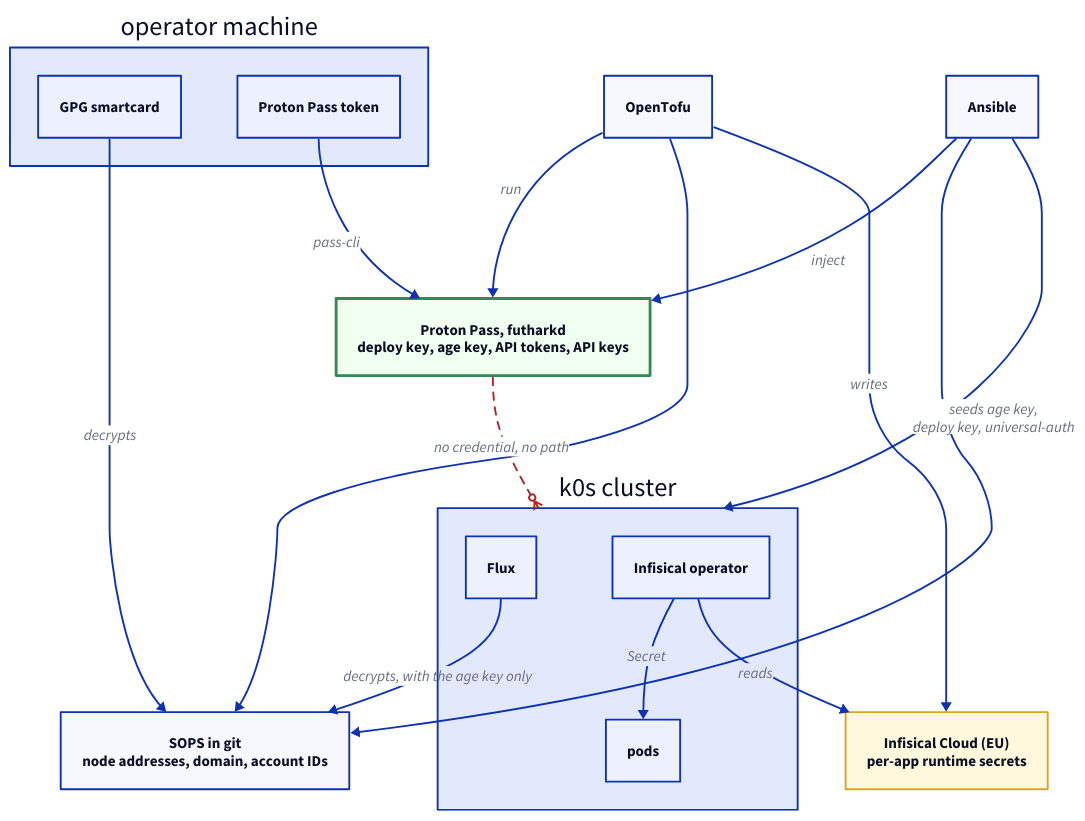
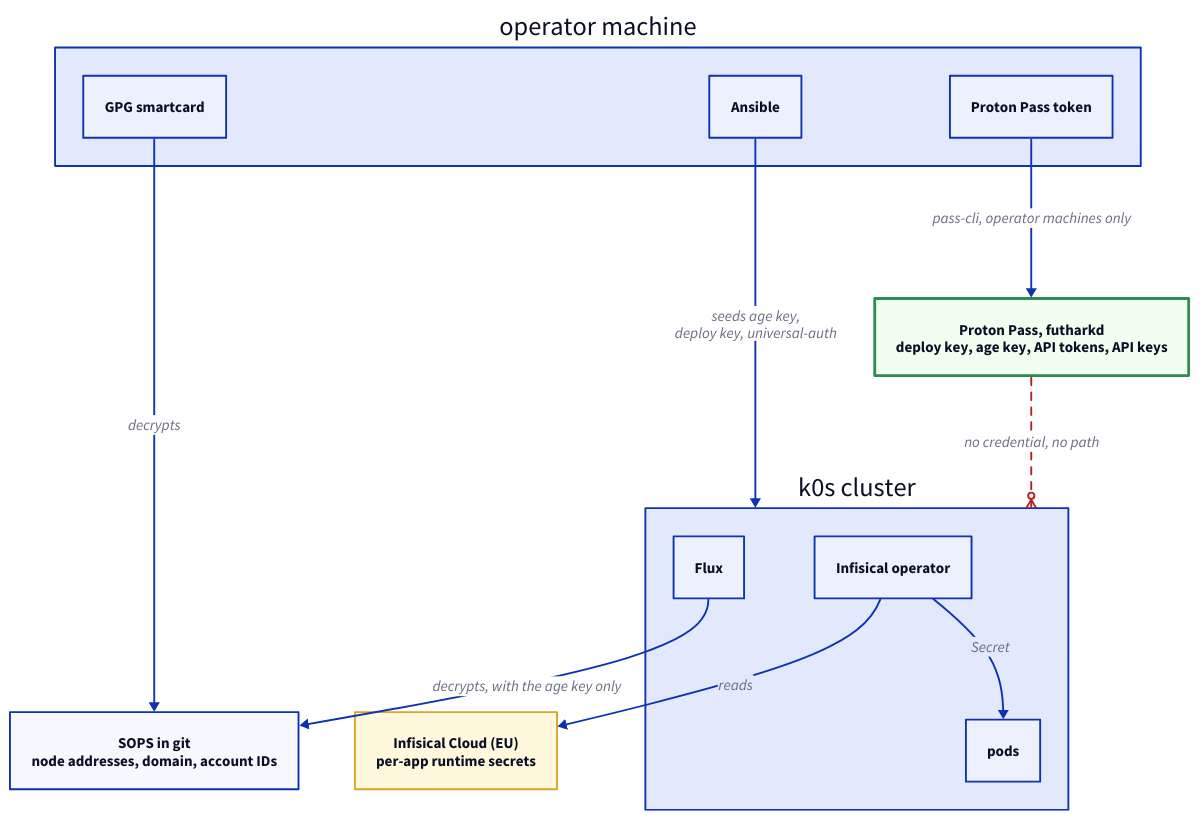
The diagram in docs/src/conventions/secrets.md (brewcoua/futhark), drawn with D2 before and after one commit. The commit also changed other lines of this file, not shown here.

Commit message:
docs: cut secrets graph to the tier boundary
The fence redrew the Read by column of the table directly above it, so
14 edges competed with the one the section argues: that the cluster
holds no Proton Pass credential.

Dropping the five reads the table already lists leaves 6 edges and no
crossings under plain dagre. Moving Ansible inside operator machine,
where it runs, removes the sweeping edge behind most of the rest.

ELK was tried three ways first. Alone it scatters the three stores;
with the stores grouped it forces the barred arrow into a detour around
the whole figure; direction: right renders 2352px wide against an 800px
column. None beat cutting the redundancy.

````diff
--- a/docs/src/conventions/secrets.md
+++ b/docs/src/conventions/secrets.md
@@ -31,65 +35,56 @@
 ```d2
 direction: down
 
 classes: {
   boundary: {
     style: {
       stroke-width: 3
       stroke: seagreen
       fill: honeydew
     }
   }
   external: {
     style: {
       stroke: goldenrod
       fill: cornsilk
     }
   }
   denied: {
     style: {
       stroke: firebrick
       stroke-dash: 4
     }
   }
 }
 
 operator: operator machine {
   gpg: GPG smartcard
+  ansible: Ansible
   pat: Proton Pass token
 }
 
 pass: "Proton Pass, futharkd\ndeploy key, age key, API tokens, API keys" {
   class: boundary
 }
 sops: SOPS in git\nnode addresses, domain, account IDs
 infisical: "Infisical Cloud (EU)\nper-app runtime secrets" { class: external }
 
 cluster: k0s cluster {
   flux: Flux
   infop: Infisical operator
   pods: pods
   infop -> pods: Secret
 }
 
-tofu: OpenTofu
-ansible: Ansible
-
-operator.pat -> pass: pass-cli
 operator.gpg -> sops: decrypts
-
-ansible -> pass: inject
-ansible -> sops
-ansible -> cluster: seeds age key,\ndeploy key, universal-auth
-
-tofu -> pass: run
-tofu -> sops
-tofu -> infisical: writes
+operator.pat -> pass: pass-cli, operator machines only
+operator.ansible -> cluster: seeds age key,\ndeploy key, universal-auth
 
 cluster.flux -> sops: decrypts, with the age key only
 cluster.infop -> infisical: reads
 
 pass -> cluster: "no credential, no path" {
   class: denied
   target-arrowhead.shape: cf-many
 }
 ```
````
